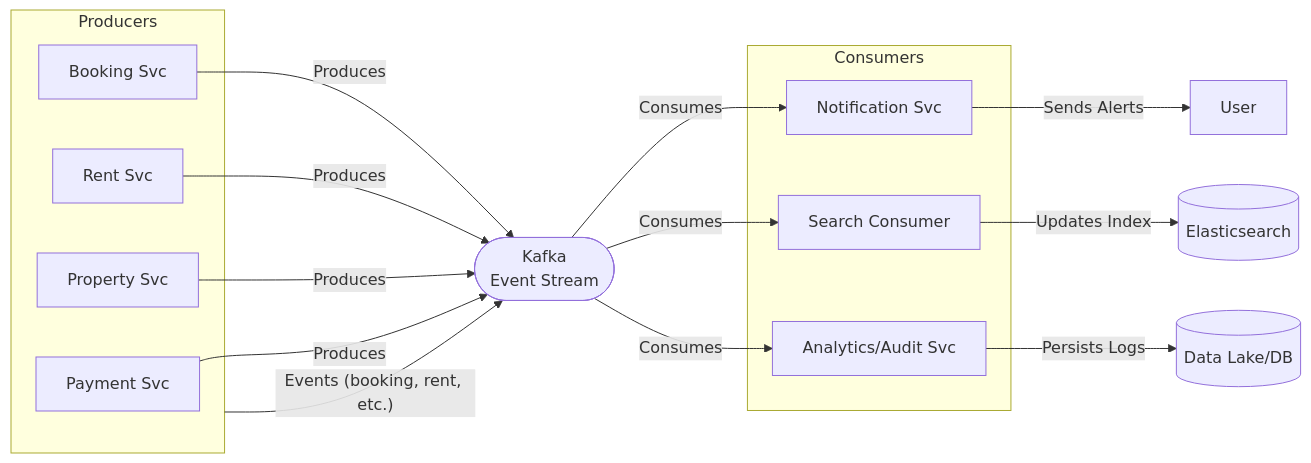
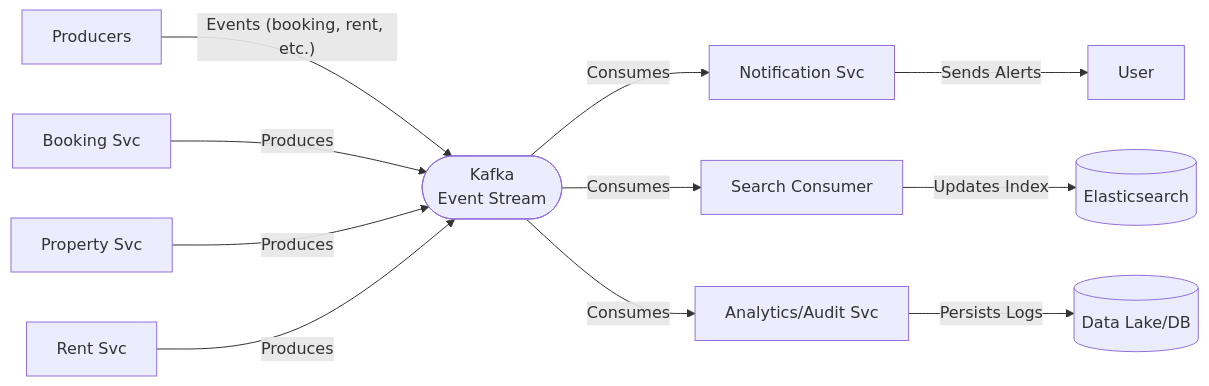
One commit to AdilAbubacker/rentezy_backend changed the third of 3 diagrams in README.md. Above: the diagram before and after it, drawn with Mermaid.

````diff
--- a/README.md
+++ b/README.md
@@ -411,32 +411,26 @@
 ```mermaid
 graph LR
-    subgraph Producers
-        BookingService[Booking Svc]
-        RentService[Rent Svc]
-        PropertyService[Property Svc]
-        PaymentService[Payment Svc]
-    end
+    BookingService[Booking Svc]
+    RentService[Rent Svc]
+    PropertyService[Property Svc]
 
     Kafka([Kafka<br>Event Stream])
 
-    subgraph Consumers
-        NotificationService[Notification Svc]
-        SearchConsumer[Search Consumer]
-        AnalyticsAudit[Analytics/Audit Svc]
-    end
+    NotificationService[Notification Svc]
+    SearchConsumer[Search Consumer]
+    AnalyticsAudit[Analytics/Audit Svc]
 
     Producers -- "Events (booking, rent, etc.)" --> Kafka
 
     BookingService -- "Produces" --> Kafka
-    PaymentService -- "Produces" --> Kafka
     PropertyService -- "Produces" --> Kafka
     RentService -- "Produces" --> Kafka
 
     Kafka -- "Consumes" --> NotificationService
     Kafka -- "Consumes" --> SearchConsumer
     Kafka -- "Consumes" --> AnalyticsAudit
 
     NotificationService -- "Sends Alerts" --> User[User]
     SearchConsumer -- "Updates Index" --> Elasticsearch[(Elasticsearch)]
     AnalyticsAudit -- "Persists Logs" --> DataLake[(Data Lake/DB)]
 ```
````
